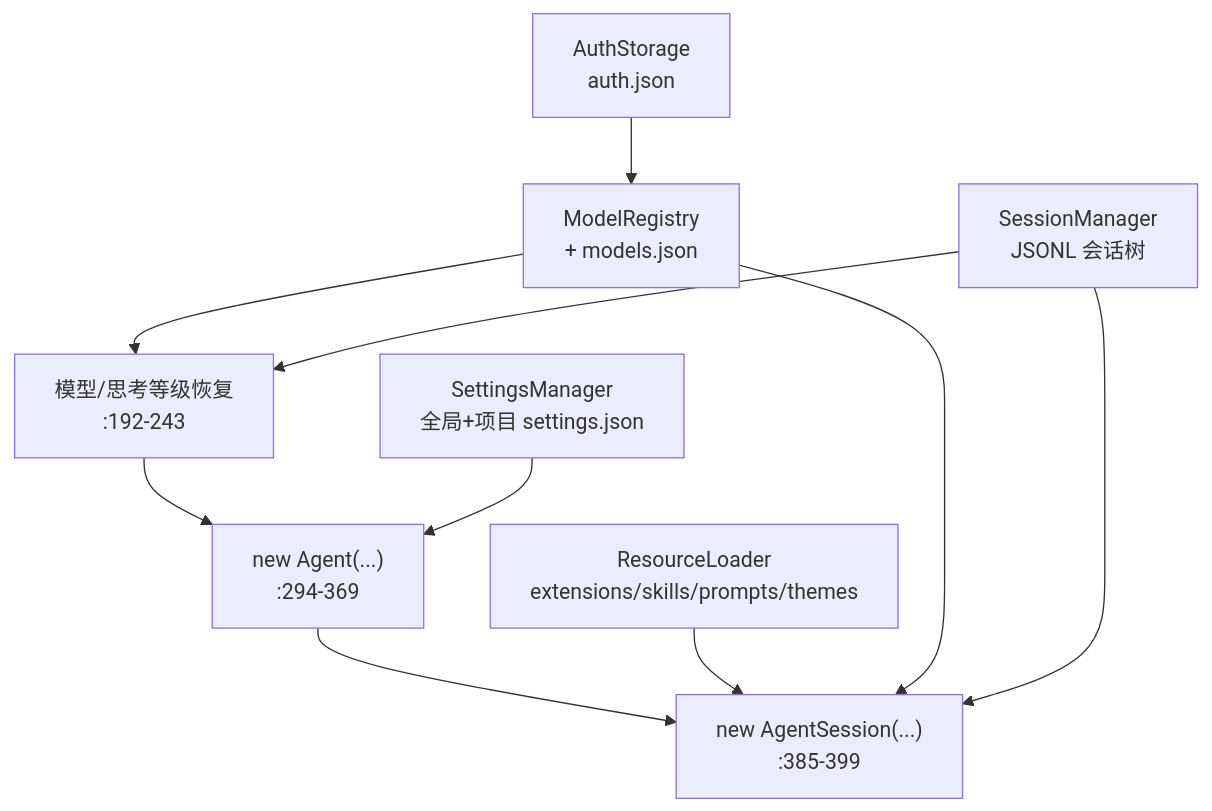
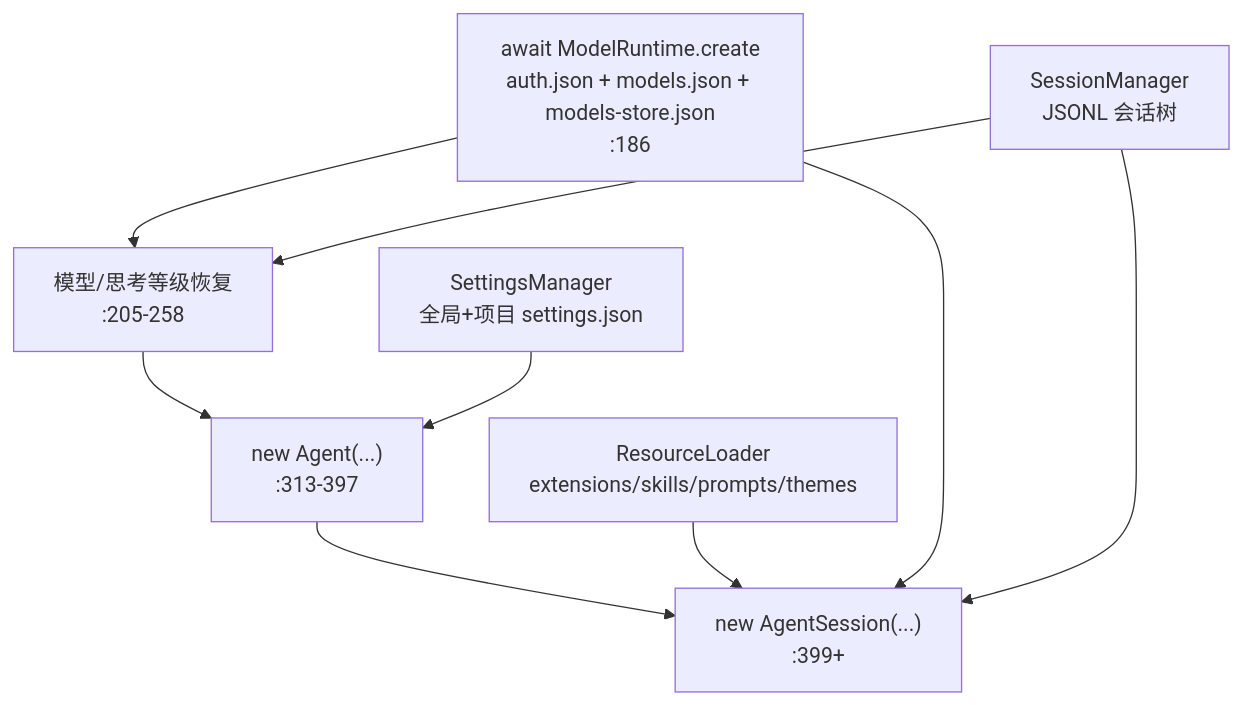
One commit to wanglei99999/learn_note changed the diagram in pi/03-coding-agent-core.md. Above: the diagram before and after it, drawn with Mermaid. The commit also changed other lines of this file and 47 other files, not shown here.

````diff
--- a/pi/03-coding-agent-core.md
+++ b/pi/03-coding-agent-core.md
@@ -63,15 +66,15 @@
 ```mermaid
 flowchart TD
-    AS[AuthStorage<br/>auth.json] --> MR[ModelRegistry<br/>+ models.json]
+    MRT["await ModelRuntime.create<br/>auth.json + models.json + models-store.json<br/>:186"]
     SM2[SettingsManager<br/>全局+项目 settings.json]
     SMGR[SessionManager<br/>JSONL 会话树]
     RL[ResourceLoader<br/>extensions/skills/prompts/themes]
-    MR --> MODEL[模型/思考等级恢复<br/>:192-243]
+    MRT --> MODEL[模型/思考等级恢复<br/>:205-258]
     SMGR --> MODEL
-    MODEL --> AG["new Agent(...)<br/>:294-369"]
+    MODEL --> AG["new Agent(...)<br/>:313-397"]
     SM2 --> AG
-    AG --> SESS["new AgentSession(...)<br/>:385-399"]
+    AG --> SESS["new AgentSession(...)<br/>:399+"]
     RL --> SESS
-    MR --> SESS
+    MRT --> SESS
     SMGR --> SESS
 ```
````
